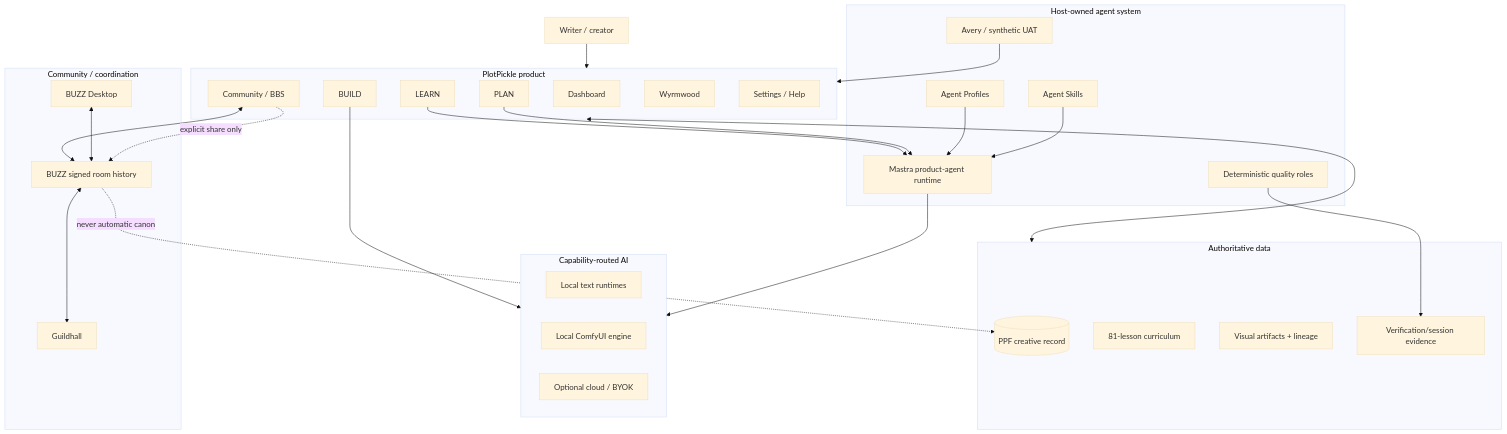
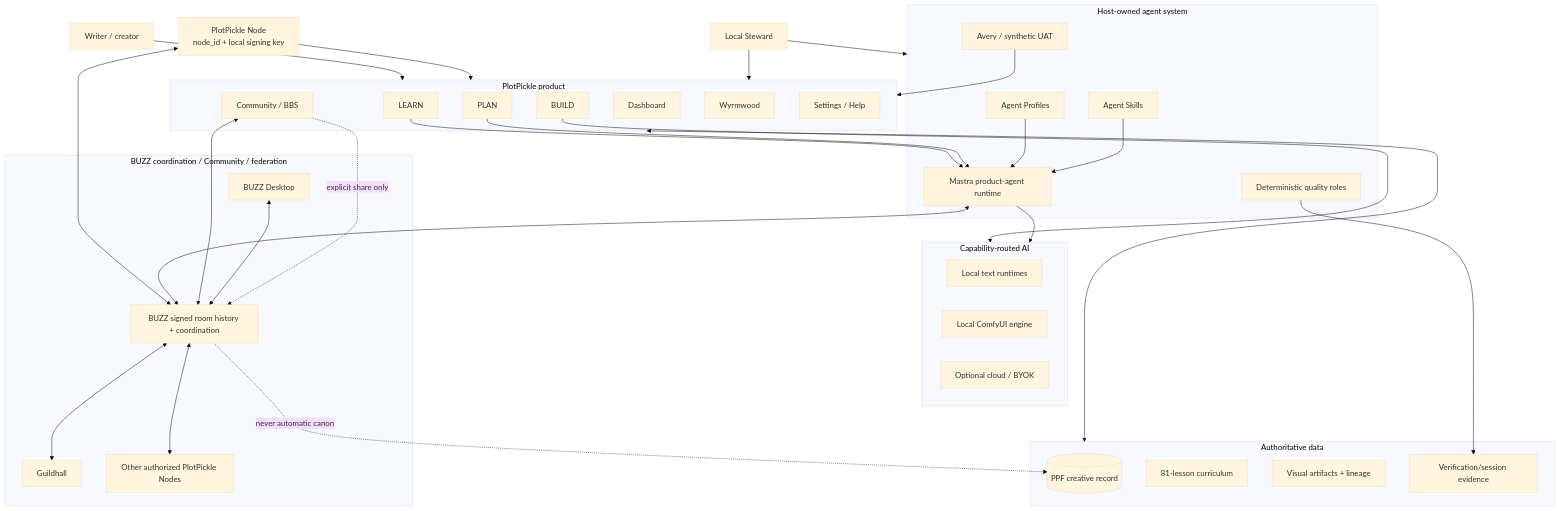
The diagram in README.md (BryanHarrisScripts/PlotPickle), drawn with Mermaid (base theme) before and after one commit. The commit also changed other lines of this file and 2 other files, not shown here.

First line of the commit message:
#1131 — Clarify PlotPickle Node identity, Steward role, and BUZZ fabric

````diff
--- a/README.md
+++ b/README.md
@@ -160,58 +186,67 @@
 ```mermaid
 flowchart TB
     Writer[Writer / creator]
+    NodeIdentity[PlotPickle Node\nnode_id + local signing key]
+    Steward[Local Steward]
 
     subgraph Product[PlotPickle product]
       Dashboard[Dashboard]
       Community[Community / BBS]
       Learn[LEARN]
       Plan[PLAN]
       Build[BUILD]
       Game[Wyrmwood]
       Settings[Settings / Help]
     end
 
     subgraph Agents[Host-owned agent system]
       Profiles[Agent Profiles]
       Skills[Agent Skills]
       Mastra[Mastra product-agent runtime]
       Avery[Avery / synthetic UAT]
       Gates[Deterministic quality roles]
     end
 
     subgraph AI[Capability-routed AI]
       LocalText[Local text runtimes]
       Comfy[Local ComfyUI engine]
       Cloud[Optional cloud / BYOK]
     end
 
     subgraph Authority[Authoritative data]
       PPF[(PPF creative record)]
       Curriculum[81-lesson curriculum]
       Assets[Visual artifacts + lineage]
       Evidence[Verification/session evidence]
     end
 
-    subgraph Network[Community / coordination]
-      BUZZ[BUZZ signed room history]
+    subgraph Network[BUZZ coordination / Community / federation]
+      BUZZ[BUZZ signed room history + coordination]
       Desktop[BUZZ Desktop]
       Guildhall[Guildhall]
+      RemoteNode[Other authorized PlotPickle Nodes]
     end
 
     Writer --> Product
+    NodeIdentity --> Product
+    NodeIdentity <--> BUZZ
+    Steward --> Product
+    Steward --> Agents
     Product <--> Authority
     Learn --> Mastra
     Plan --> Mastra
     Build --> AI
     Profiles --> Mastra
     Skills --> Mastra
     Mastra --> AI
+    Mastra <--> BUZZ
     Avery --> Product
     Gates --> Evidence
 
     Community <--> BUZZ
     Desktop <--> BUZZ
     BUZZ <--> Guildhall
+    BUZZ <--> RemoteNode
     Community -. explicit share only .-> BUZZ
     BUZZ -. never automatic canon .-> PPF
 ```
````
